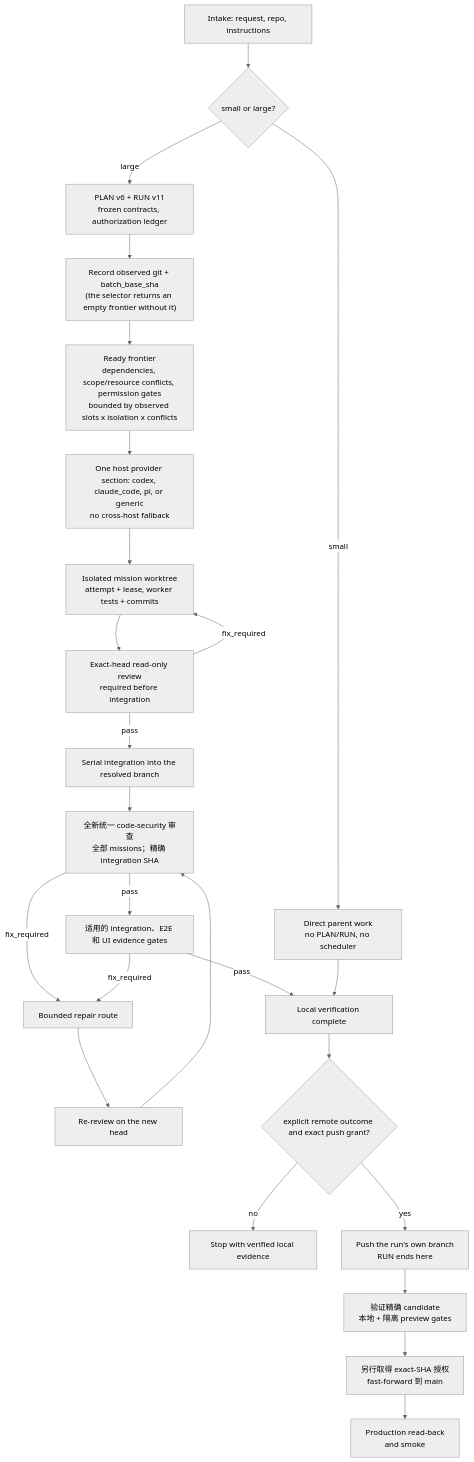
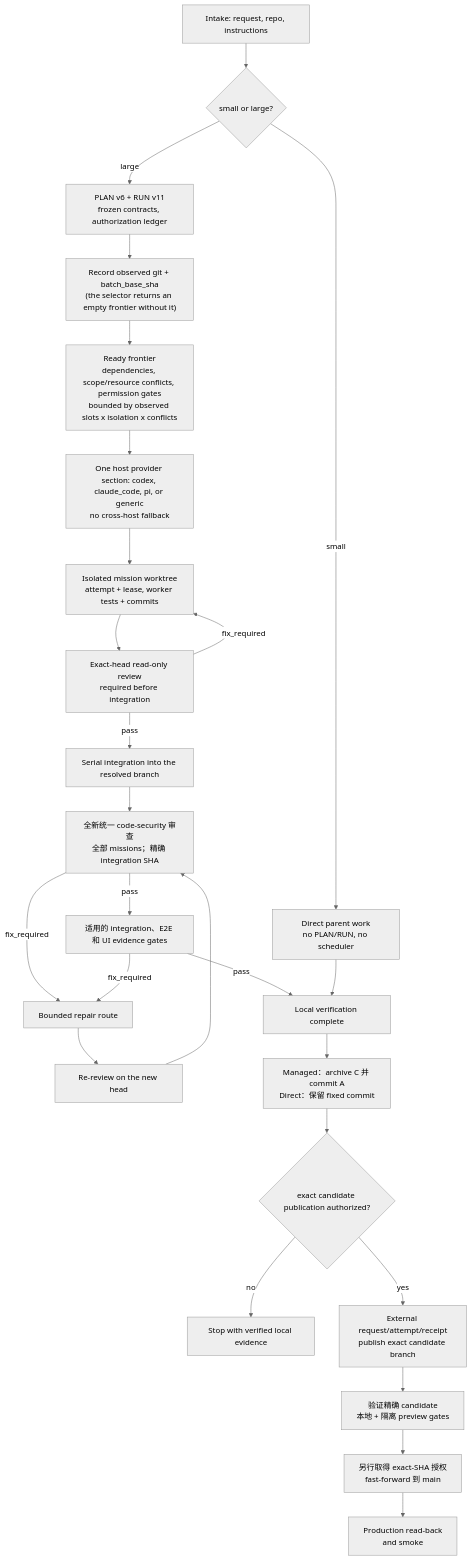
The third of 3 diagrams in README.zh-CN.md (Phlegonlabs/product-delivery-harness), drawn with Mermaid (neutral theme) before and after one commit. The commit also changed other lines of this file and 188 other files, not shown here.

````diff
--- a/README.zh-CN.md
+++ b/README.zh-CN.md
@@ -249,27 +276,28 @@
 ```mermaid
 flowchart TB
   Intake["Intake: request, repo, instructions"] --> Size{"small or large?"}
   Size -->|small| Direct["Direct parent work<br/>no PLAN/RUN, no scheduler"]
   Size -->|large| Plan["PLAN v6 + RUN v11<br/>frozen contracts, authorization ledger"]
   Plan --> Observe["Record observed git + batch_base_sha<br/>(the selector returns an empty frontier without it)"]
   Observe --> Frontier["Ready frontier<br/>dependencies, scope/resource conflicts, permission gates<br/>bounded by observed slots x isolation x conflicts"]
   Frontier --> Host["One host provider section: codex, claude_code, pi, or generic<br/>no cross-host fallback"]
   Host --> Work["Isolated mission worktree<br/>attempt + lease, worker tests + commits"]
   Work --> Review["Exact-head read-only review<br/>required before integration"]
   Review -->|pass| Integrate["Serial integration into the resolved branch"]
   Review -->|fix_required| Work
   Integrate --> Security["全新统一 code-security 审查<br/>全部 missions；精确 integration SHA"]
   Security -->|pass| Gates["适用的 integration、E2E 和 UI evidence gates"]
   Security -->|fix_required| Repair["Bounded repair route"]
   Gates -->|fix_required| Repair
   Repair --> Rereview["Re-review on the new head"]
   Rereview --> Security
   Gates -->|pass| Local["Local verification complete"]
   Direct --> Local
-  Local --> Remote{"explicit remote outcome and exact push grant?"}
+  Local --> ArchiveCandidate["Managed：archive C 并 commit A<br/>Direct：保留 fixed commit"]
+  ArchiveCandidate --> Remote{"exact candidate publication authorized?"}
   Remote -->|no| Done["Stop with verified local evidence"]
-  Remote -->|yes| Push["Push the run's own branch<br/>RUN ends here"]
+  Remote -->|yes| Push["External request/attempt/receipt<br/>publish exact candidate branch"]
   Push --> Candidate["验证精确 candidate<br/>本地 + 隔离 preview gates"]
   Candidate --> Main["另行取得 exact-SHA 授权<br/>fast-forward 到 main"]
   Main --> Prod["Production read-back<br/>and smoke"]
 ```
````
